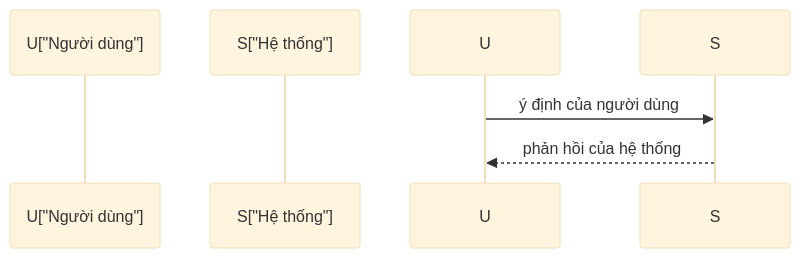
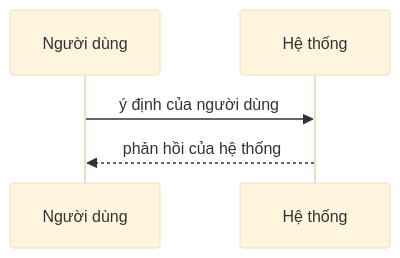
The diagram in docs/spec/02-use-cases/_TEMPLATE.md (BuhDuy256/novsay), drawn with Mermaid (base theme) before and after one commit. The commit also changed 21 other files, not shown here.

````diff
--- a/docs/spec/02-use-cases/_TEMPLATE.md
+++ b/docs/spec/02-use-cases/_TEMPLATE.md
@@ -16,7 +16,7 @@
 ```mermaid
 sequenceDiagram
-  participant U["Người dùng"]
-  participant S["Hệ thống"]
+  participant U as Người dùng
+  participant S as Hệ thống
   U->>S: ý định của người dùng
   S-->>U: phản hồi của hệ thống
 ```
````
